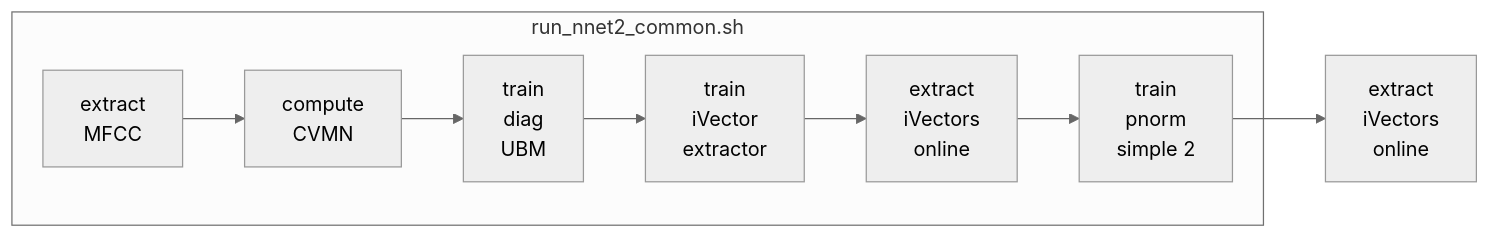
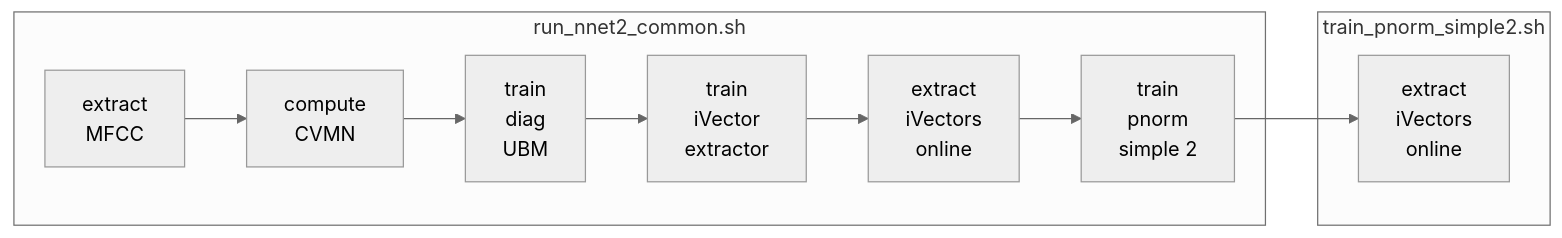
One commit to falabrasil/kaldi-br changed the third of 3 diagrams in README.md. Above: the diagram before and after it, drawn with Mermaid (neutral theme). The commit also changed other lines of this file, not shown here.

Commit message:
modify training flowchart

````diff
--- a/README.md
+++ b/README.md
@@ -115,11 +115,14 @@
 ```mermaid
 graph LR;
     subgraph "run_nnet2_common.sh"
     A[extract<br>MFCC]-->B;
     B[compute<br>CVMN]-->C;
     C[train<br>diag<br>UBM]-->D;
     D[train<br>iVector<br>extractor]-->E;
     E[extract<br>iVectors<br>online]-->F;
     end
-    F[train<br>pnorm<br>simple 2]-->G[extract<br>iVectors<br>online];
+
+    subgraph "train_pnorm_simple2.sh"
+    F[train<br>pnorm<br>simple 2]-->G[extract<br>iVectors<br>online]
+    end
 ```
````
